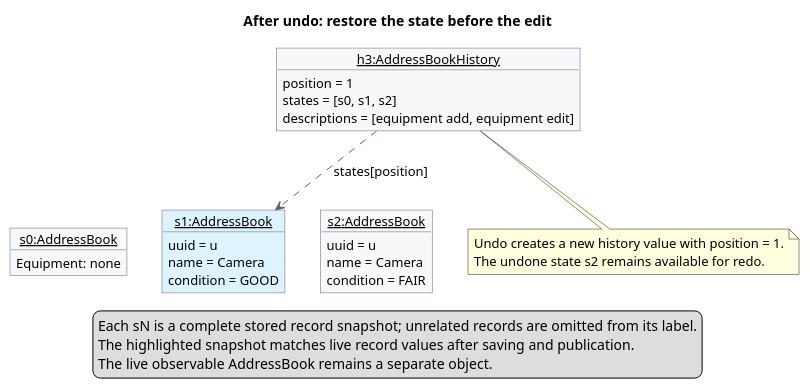
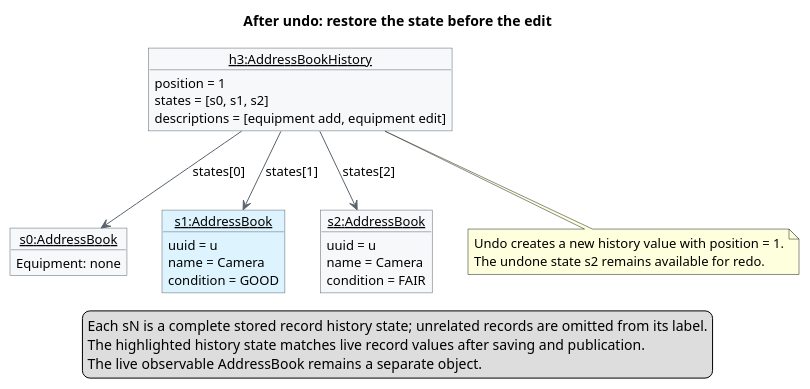
One commit to AY2627S1-CS2103T-F15-2/tp changed the diagram in diagrams/UndoRedoState3.puml. Above: the diagram before and after it, drawn with PlantUML. The commit also changed 107 other files, not shown here.

```diff
--- a/diagrams/UndoRedoState3.puml
+++ b/diagrams/UndoRedoState3.puml
@@ -1,49 +1,51 @@
 @startuml
 skinparam shadowing false
 skinparam defaultFontName Arial
 skinparam defaultFontSize 13
 skinparam objectAttributeIconSize 0
 skinparam objectBackgroundColor #F6F8FA
 skinparam objectBorderColor #59636E
 skinparam ArrowColor #59636E
 hide empty members
 
 title After undo: restore the state before the edit
 
 object "<u>h3:AddressBookHistory</u>" as history {
   position = 1
   states = [s0, s1, s2]
   descriptions = [equipment add, equipment edit]
 }
 
 object "<u>s0:AddressBook</u>" as s0 {
   Equipment: none
 }
 
 object "<u>s1:AddressBook</u>" as s1 #DDF4FF {
   uuid = u
   name = Camera
   condition = GOOD
 }
 
 object "<u>s2:AddressBook</u>" as s2 {
   uuid = u
   name = Camera
   condition = FAIR
 }
 s0 -[hidden]right-> s1
 s1 -[hidden]right-> s2
 
-history ..> s1 : states[position]
+history --> s0 : states[0]
+history --> s1 : states[1]
+history --> s2 : states[2]
 
 note bottom of history
   Undo creates a new history value with position = 1.
   The undone state s2 remains available for redo.
 end note
 
 legend bottom
-  Each sN is a complete stored record snapshot; unrelated records are omitted from its label.
-  The highlighted snapshot matches live record values after saving and publication.
+  Each sN is a complete stored record history state; unrelated records are omitted from its label.
+  The highlighted history state matches live record values after saving and publication.
   The live observable AddressBook remains a separate object.
 endlegend
 @enduml
```
